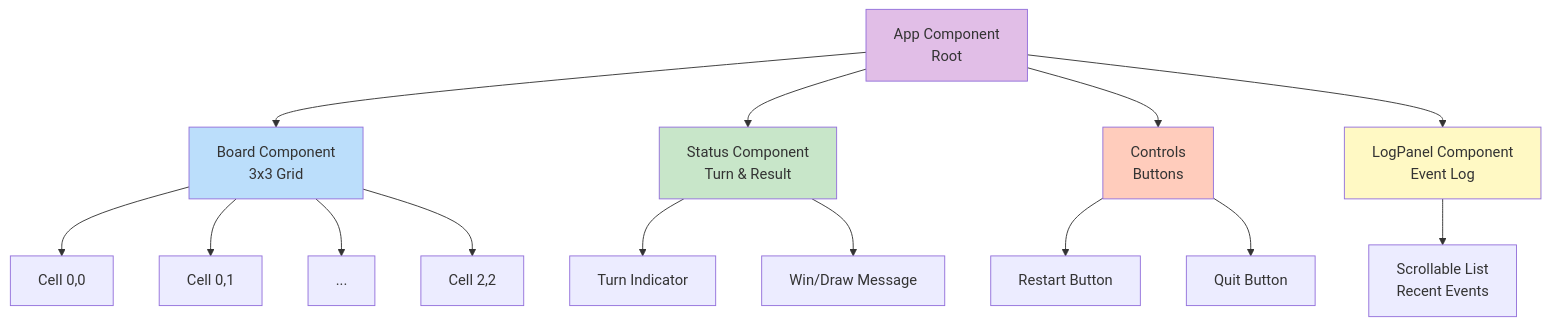
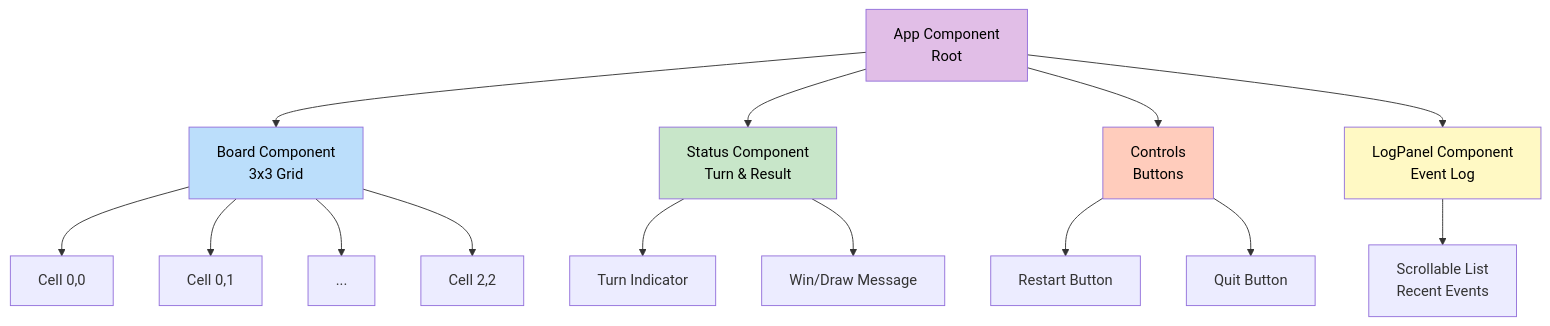
One commit to sw-game-dev/game-mcp-poc changed the second of 5 diagrams in wiki/Frontend-Architecture.md. Above: the diagram before and after it, drawn with Mermaid. The commit also changed other lines of this file and 4 other files, not shown here.

First line of the commit message:
fix: Improve mermaid diagram text contrast

````diff
--- a/wiki/Frontend-Architecture.md
+++ b/wiki/Frontend-Architecture.md
@@ -82,28 +82,28 @@
 ```mermaid
 graph TB
     App[App Component<br/>Root]
 
     App --> Board[Board Component<br/>3x3 Grid]
     App --> Status[Status Component<br/>Turn & Result]
     App --> Controls[Controls<br/>Buttons]
     App --> LogPanel[LogPanel Component<br/>Event Log]
 
     Board --> Cell0[Cell 0,0]
     Board --> Cell1[Cell 0,1]
     Board --> CellN[...]
     Board --> Cell8[Cell 2,2]
 
     Status --> TurnDisplay[Turn Indicator]
     Status --> WinDisplay[Win/Draw Message]
 
     Controls --> RestartBtn[Restart Button]
     Controls --> QuitBtn[Quit Button]
 
     LogPanel --> LogScroll[Scrollable List<br/>Recent Events]
 
-    style App fill:#e1bee7
-    style Board fill:#bbdefb
-    style Status fill:#c8e6c9
-    style Controls fill:#ffccbc
-    style LogPanel fill:#fff9c4
+    style App fill:#e1bee7,color:#000
+    style Board fill:#bbdefb,color:#000
+    style Status fill:#c8e6c9,color:#000
+    style Controls fill:#ffccbc,color:#000
+    style LogPanel fill:#fff9c4,color:#000
 ```
````
